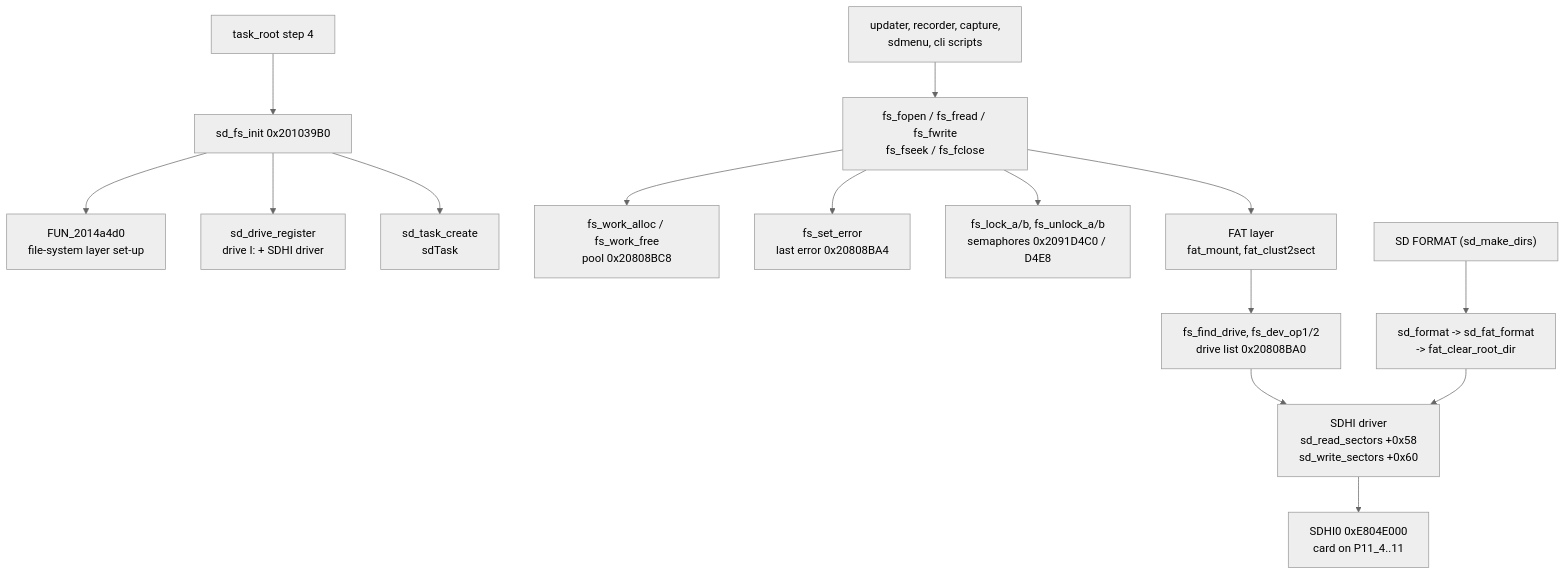
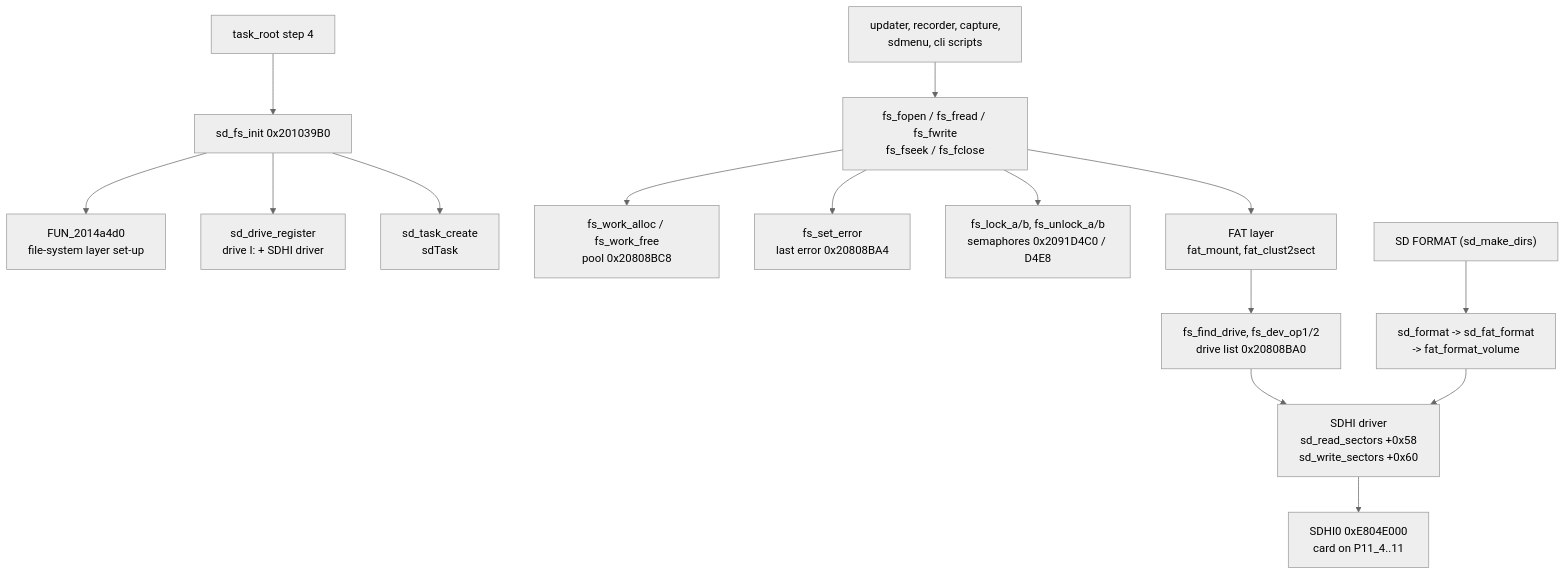
The diagram in docs/code/display/filesystem.md (Reid-n0rc/FT-710_Firmware), drawn with Mermaid (neutral theme) before and after one commit. The commit also changed other lines of this file and 10 other files, not shown here.

First line of the commit message:
T24 round 8: DISPLAY SD card layer, SD drive and FAT format code

````diff
--- a/docs/code/display/filesystem.md
+++ b/docs/code/display/filesystem.md
@@ -36,17 +36,17 @@
 ```mermaid
 flowchart TD
   ROOT["task_root step 4"] --> INIT["sd_fs_init 0x201039B0"]
   INIT --> FSL["FUN_2014a4d0<br/>file-system layer set-up"]
   INIT --> REG["sd_drive_register<br/>drive I: + SDHI driver"]
   INIT --> TSK["sd_task_create<br/>sdTask"]
   APP["updater, recorder, capture,<br/>sdmenu, cli scripts"] --> API["fs_fopen / fs_fread / fs_fwrite<br/>fs_fseek / fs_fclose"]
   API --> WORK["fs_work_alloc / fs_work_free<br/>pool 0x20808BC8"]
   API --> ERR["fs_set_error<br/>last error 0x20808BA4"]
   API --> LOCK["fs_lock_a/b, fs_unlock_a/b<br/>semaphores 0x2091D4C0 / D4E8"]
   API --> FAT["FAT layer<br/>fat_mount, fat_clust2sect"]
   FAT --> DRV["fs_find_drive, fs_dev_op1/2<br/>drive list 0x20808BA0"]
   DRV --> SD["SDHI driver<br/>sd_read_sectors +0x58<br/>sd_write_sectors +0x60"]
   SD --> HW["SDHI0 0xE804E000<br/>card on P11_4..11"]
-  MENU["SD FORMAT (sd_make_dirs)"] --> FMT["sd_format -> sd_fat_format<br/>-> fat_clear_root_dir"]
+  MENU["SD FORMAT (sd_make_dirs)"] --> FMT["sd_format -> sd_fat_format<br/>-> fat_format_volume"]
   FMT --> SD
 ```
````
